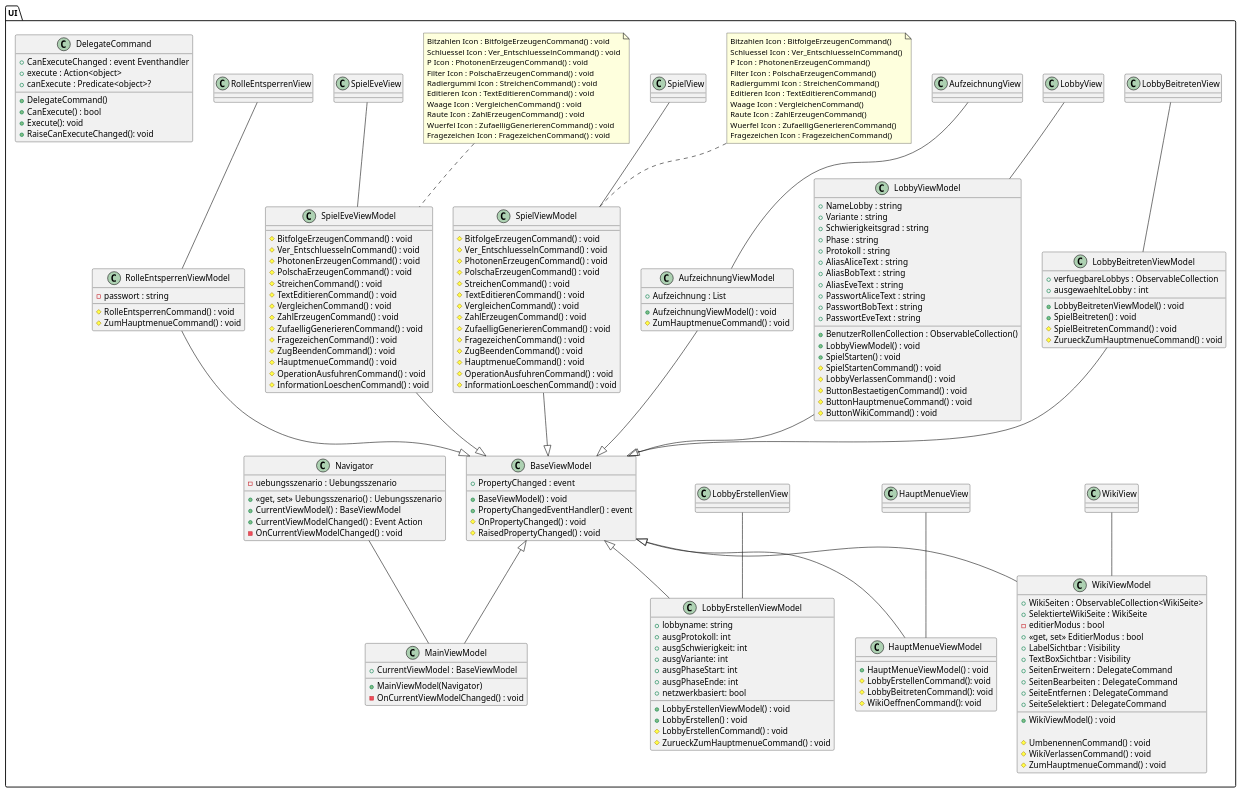
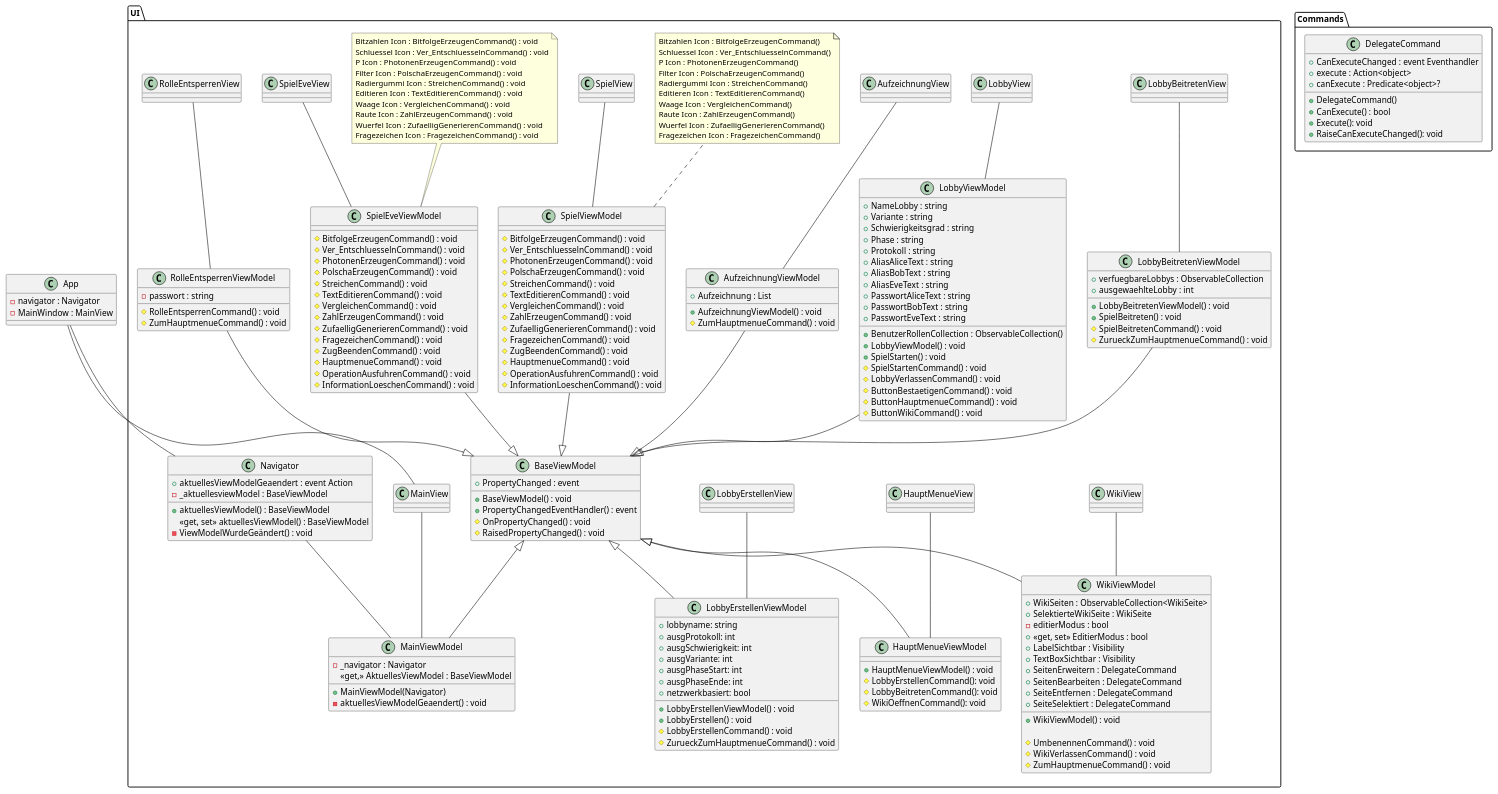
Before and after one commit to Jonas-Ha/quakrypto: the diagram in 02_Entwurf/Klassendiagramm/PlantUML/Klassendiagramm_UI/Klassendiagramm_UI.puml, drawn with PlantUML. The commit also changed 8 other files, not shown here.

Commit message:
Aktualisieren Klassendiagramm und implementieren der ViewModels

```diff
--- a/02_Entwurf/Klassendiagramm/PlantUML/Klassendiagramm_UI/Klassendiagramm_UI.puml
+++ b/02_Entwurf/Klassendiagramm/PlantUML/Klassendiagramm_UI/Klassendiagramm_UI.puml
@@ -3,6 +3,27 @@
 skinparam pageMargin 10
 skinparam pageExternalColor gray
 skinparam pageBorderColor black
+
+
+class App
+{
+	- navigator : Navigator
+	- MainWindow : MainView
+}
+
+package Commands
+{
+	class DelegateCommand
+	{
+		+ CanExecuteChanged : event Eventhandler
+		+ execute : Action<object>
+		+ canExecute : Predicate<object>?
+		+ DelegateCommand()
+		+ CanExecute() : bool
+		+ Execute(): void
+		+ RaiseCanExecuteChanged(): void
+	}
+}
 
 /'************************************************************'/
 /'PACKAGE UI												  '/
@@ -10,20 +31,25 @@
 package UI
 {
 	together{
+		class MainView
+		{
+		}
+
 		class MainViewModel
 		{
+			- _navigator : Navigator
+			<< get, >> AktuellesViewModel : BaseViewModel
 			+ MainViewModel(Navigator)
-			+ CurrentViewModel : BaseViewModel
-			- OnCurrentViewModelChanged() : void
+			- aktuellesViewModelGeaendert() : void
 		}
 
 		class Navigator
 		{
-			- uebungsszenario : Uebungsszenario
-			+ <<get, set>> Uebungsszenario() : Uebungsszenario
-			+ CurrentViewModel() : BaseViewModel
-			+ CurrentViewModelChanged() : Event Action
-			- OnCurrentViewModelChanged() : void
+			+ aktuellesViewModelGeaendert : event Action
+			- _aktuellesviewModel : BaseViewModel
+			+ aktuellesViewModel() : BaseViewModel
+			<< get, set >> aktuellesViewModel() : BaseViewModel
+			- ViewModelWurdeGeändert() : void
 		}
 
 		class BaseViewModel
@@ -242,18 +268,11 @@
 		}
 	}
 
-	class DelegateCommand
-	{
-		+ CanExecuteChanged : event Eventhandler
-		+ execute : Action<object>
-		+ canExecute : Predicate<object>?
-		+ DelegateCommand()
-		+ CanExecute() : bool
-		+ Execute(): void
-		+ RaiseCanExecuteChanged(): void
-	}
+	
 }
-
+App -- MainView
+App -- Navigator
+MainView -- MainViewModel
 BaseViewModel <|-u- RolleEntsperrenViewModel
 BaseViewModel <|-u- AufzeichnungViewModel
 BaseViewModel <|-u- SpielEveViewModel
```
